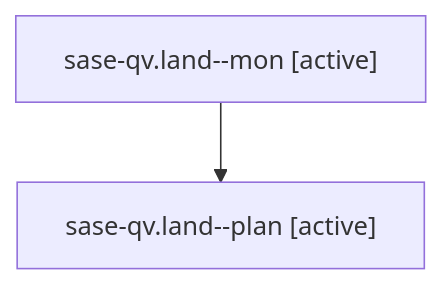
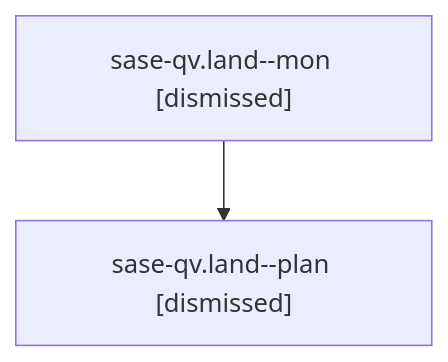
The diagram in sessions/bbugyi200.athena.sase-qv.land.md (sase-org/sase--agents), drawn with Mermaid before and after one commit. The commit also changed other lines of this file and 112 other files, not shown here.

````diff
--- a/sessions/bbugyi200.athena.sase-qv.land.md
+++ b/sessions/bbugyi200.athena.sase-qv.land.md
@@ -9,6 +9,6 @@
 ```mermaid
 flowchart TD
-  n0["sase-qv.land--mon [active]"]
-  n1["sase-qv.land--plan [active]"]
+  n0["sase-qv.land--mon [dismissed]"]
+  n1["sase-qv.land--plan [dismissed]"]
   n0 --> n1
 ```
````
